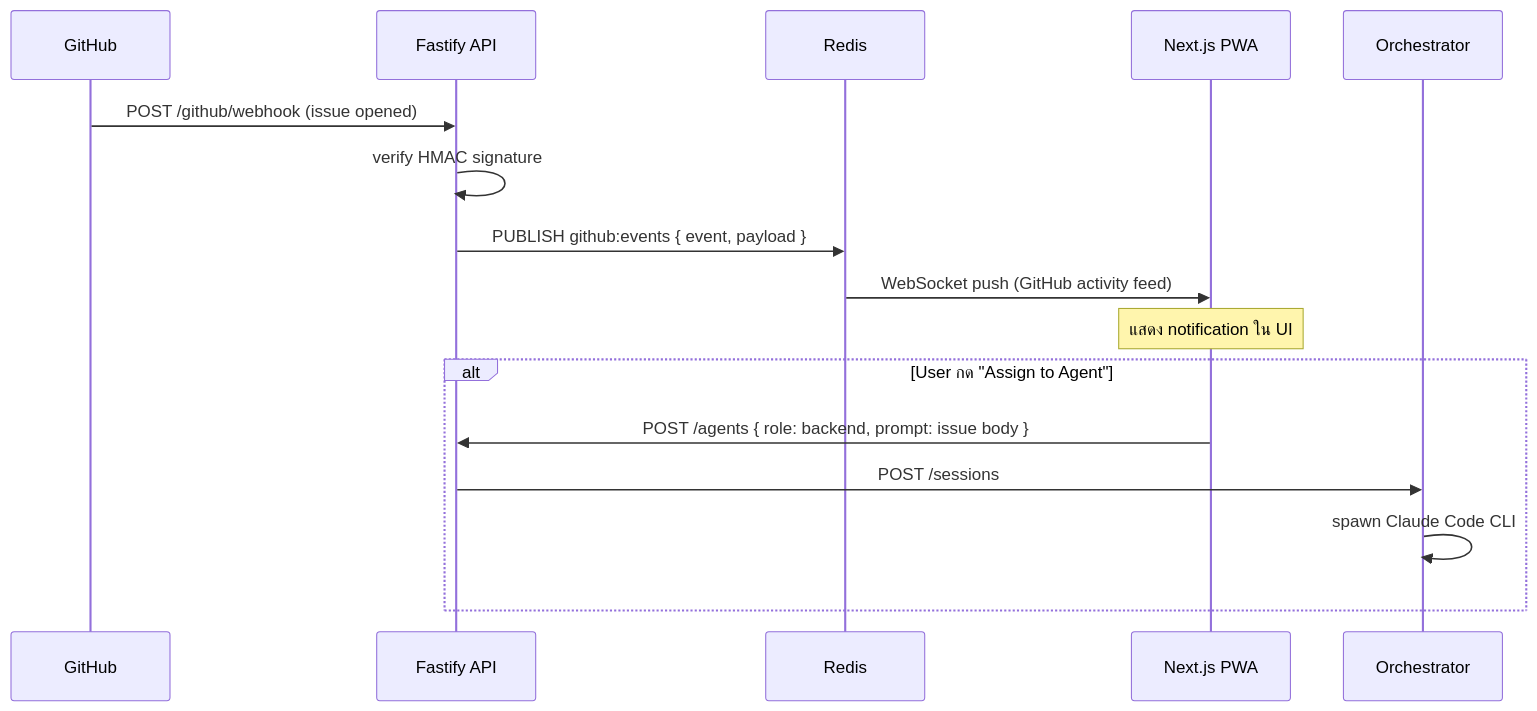
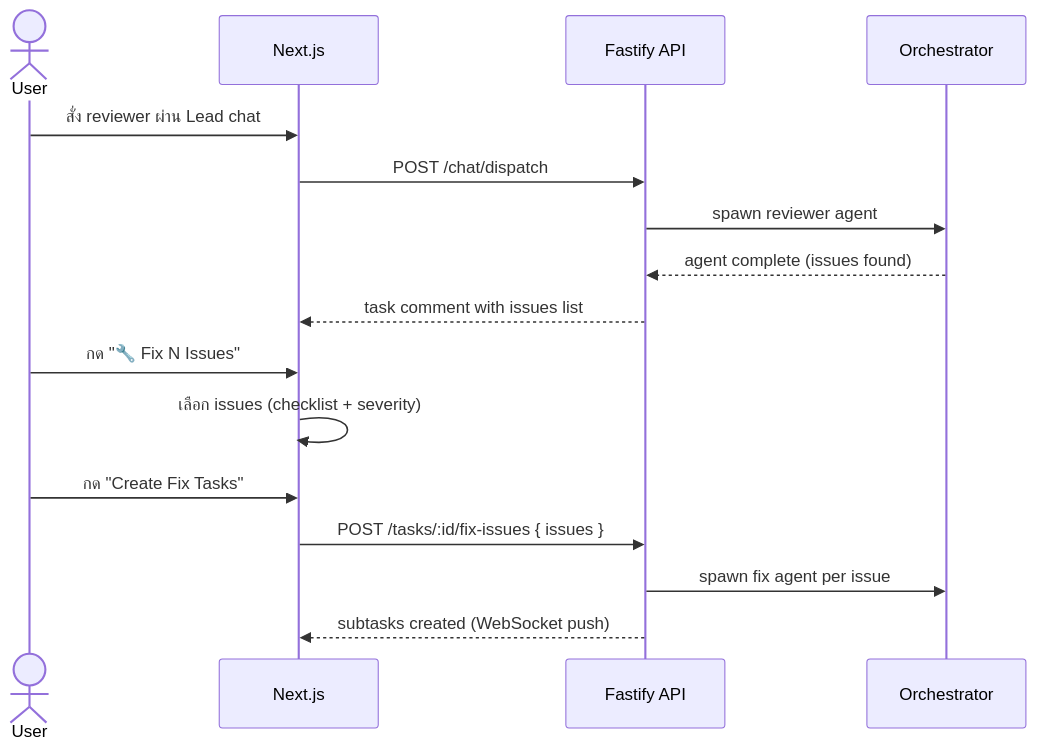
Before and after one commit to itseed/mesh-agent: the third of 4 diagrams in README.md, drawn with Mermaid. The commit also changed other lines of this file, not shown here.

First line of the commit message:
docs: rewrite README with usage guide, full env vars, and sequence diagrams

````diff
--- a/README.md
+++ b/README.md
@@ -131,20 +371,19 @@
 ```mermaid
 sequenceDiagram
-    participant GH as GitHub
+    actor User
+    participant Web as Next.js
     participant API as Fastify API
-    participant Redis
-    participant Web as Next.js PWA
     participant Orch as Orchestrator
 
-    GH->>API: POST /github/webhook (issue opened)
-    API->>API: verify HMAC signature
-    API->>Redis: PUBLISH github:events { event, payload }
-    Redis->>Web: WebSocket push (GitHub activity feed)
-    Note over Web: แสดง notification ใน UI
-
-    alt User กด "Assign to Agent"
-        Web->>API: POST /agents { role: backend, prompt: issue body }
-        API->>Orch: POST /sessions
-        Orch->>Orch: spawn Claude Code CLI
-    end
+    User->>Web: สั่ง reviewer ผ่าน Lead chat
+    Web->>API: POST /chat/dispatch
+    API->>Orch: spawn reviewer agent
+    Orch-->>API: agent complete (issues found)
+    API-->>Web: task comment with issues list
+    User->>Web: กด "🔧 Fix N Issues"
+    Web->>Web: เลือก issues (checklist + severity)
+    User->>Web: กด "Create Fix Tasks"
+    Web->>API: POST /tasks/:id/fix-issues { issues }
+    API->>Orch: spawn fix agent per issue
+    API-->>Web: subtasks created (WebSocket push)
 ```
````
